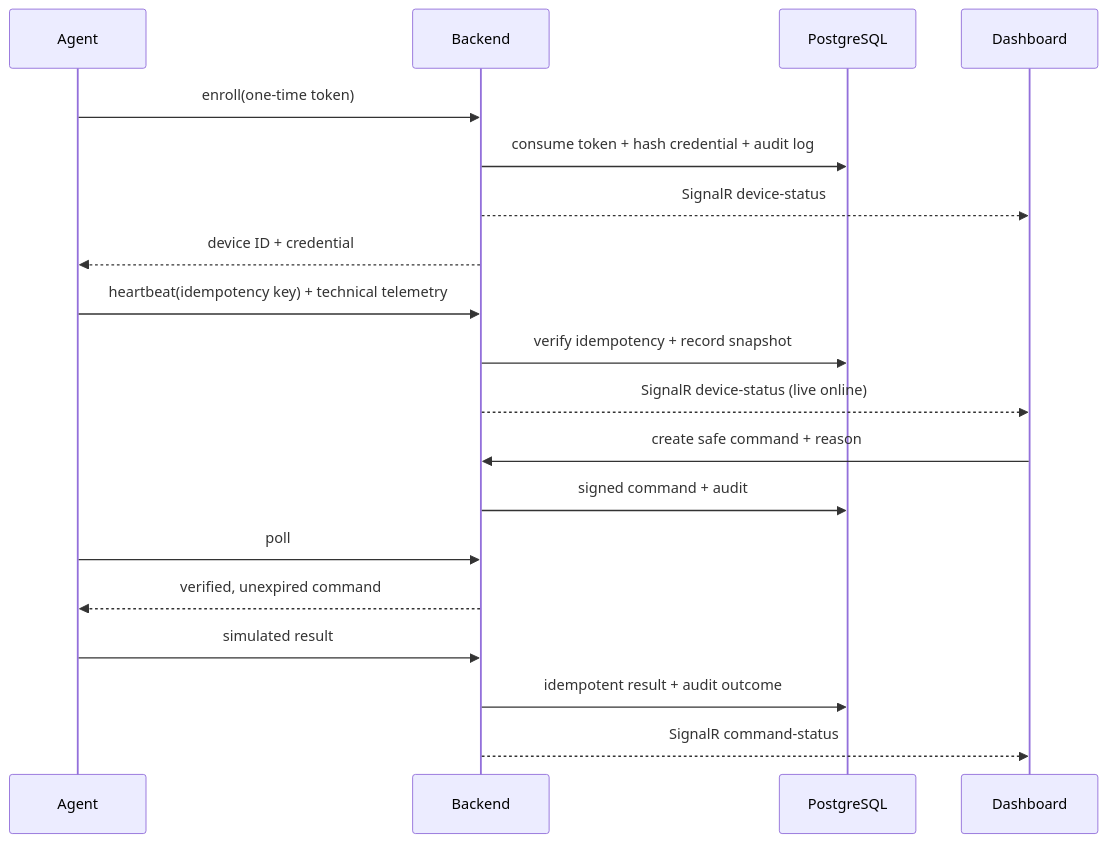
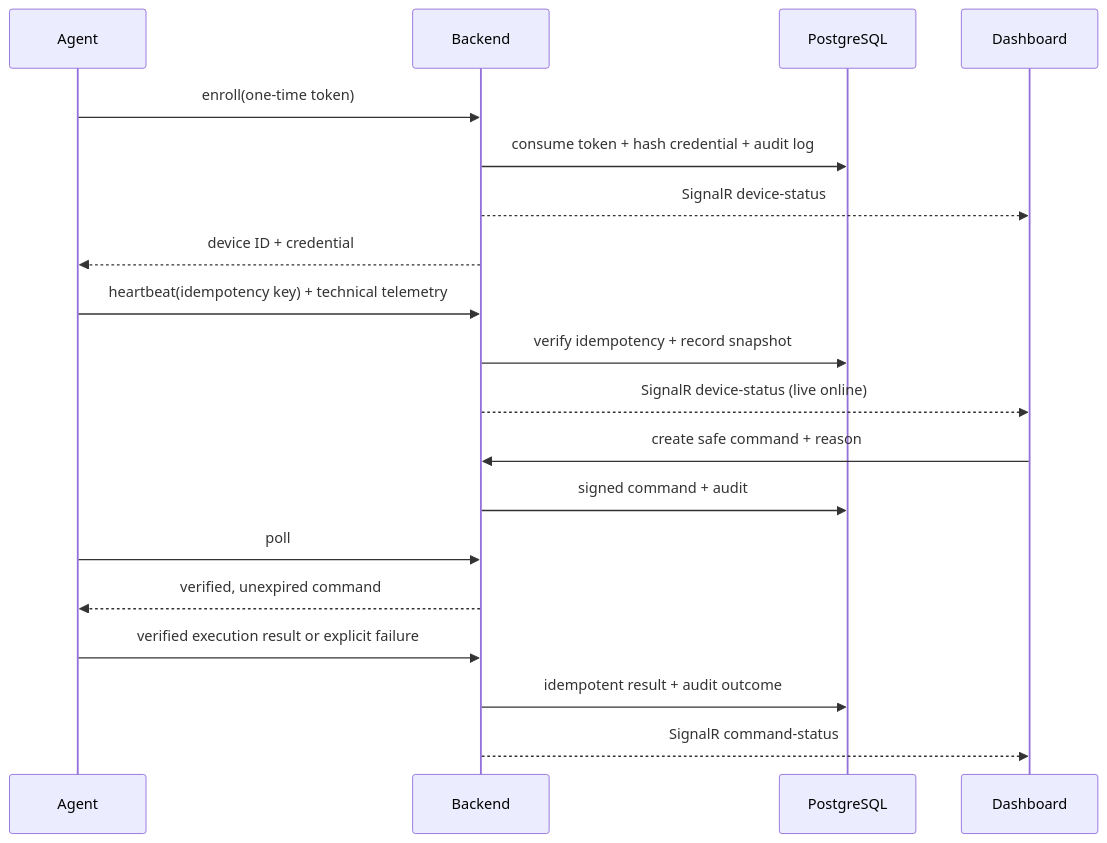
Before and after one commit to psy-zney/SentinelLAN: the second of 3 diagrams in docs/architecture/data-flow.md, drawn with Mermaid. The commit also changed other lines of this file and 134 other files, not shown here.

````diff
--- a/docs/architecture/data-flow.md
+++ b/docs/architecture/data-flow.md
@@ -21,21 +21,21 @@
 ```mermaid
 sequenceDiagram
   participant A as Agent
   participant API as Backend
   participant DB as PostgreSQL
   participant W as Dashboard
   A->>API: enroll(one-time token)
   API->>DB: consume token + hash credential + audit log
   API-->>W: SignalR device-status
   API-->>A: device ID + credential
   A->>API: heartbeat(idempotency key) + technical telemetry
   API->>DB: verify idempotency + record snapshot
   API-->>W: SignalR device-status (live online)
   W->>API: create safe command + reason
   API->>DB: signed command + audit
   A->>API: poll
   API-->>A: verified, unexpired command
-  A->>API: simulated result
+  A->>API: verified execution result or explicit failure
   API->>DB: idempotent result + audit outcome
   API-->>W: SignalR command-status
 ```
````
